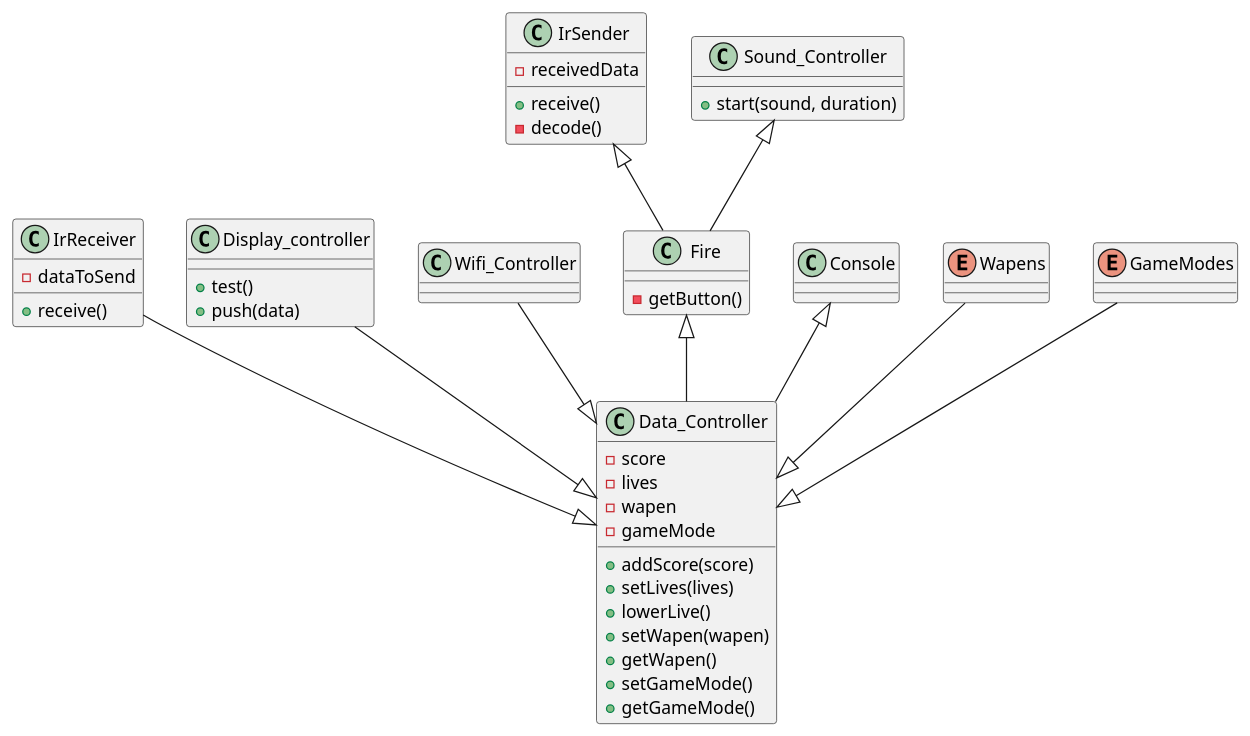
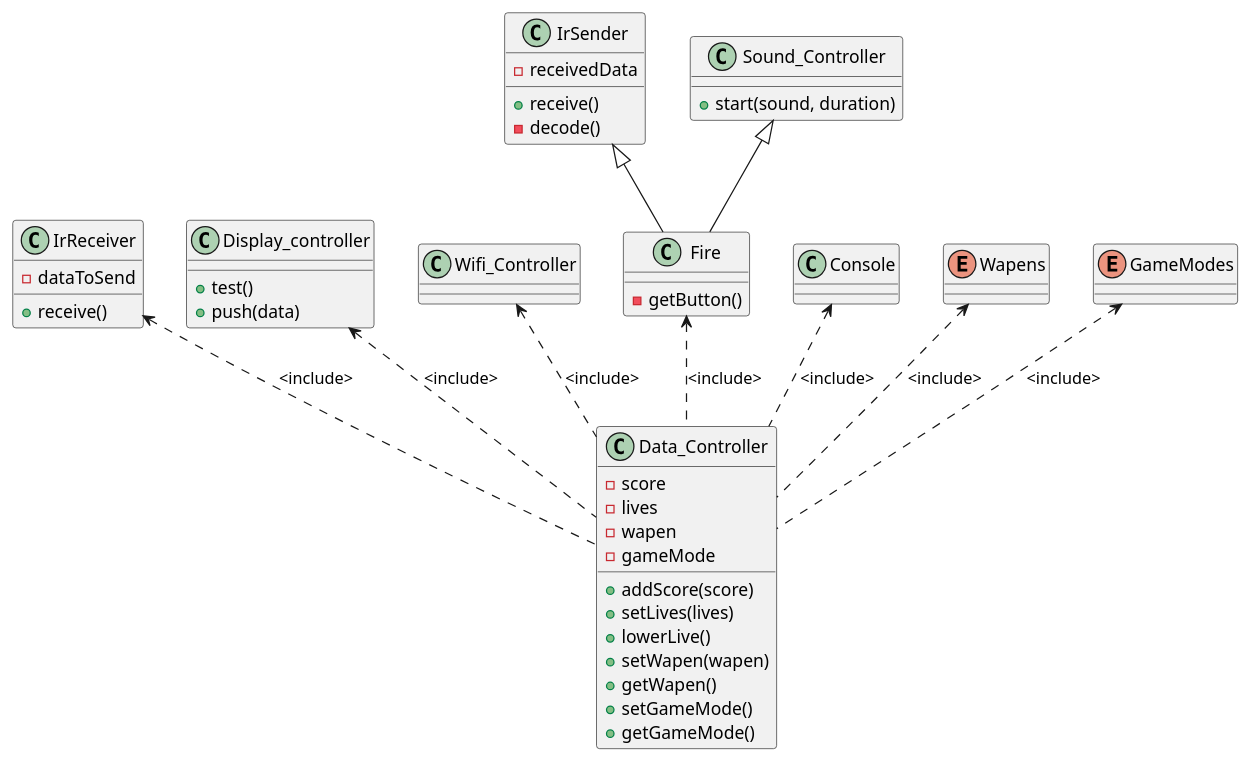
The diagram in Docs/class.puml (DavidDriessen/Skilled-Eagle_Lazer-Game), drawn with PlantUML before and after one commit. The commit also changed 2 other files, not shown here.

Commit message:
ClassDiagram Readme

```diff
--- a/Docs/class.puml
+++ b/Docs/class.puml
@@ -1,60 +1,55 @@
 @startuml
 
 class IrReceiver{
 -dataToSend
 +receive()
 }
 class IrSender{
 -receivedData
 +receive()
 -decode()
 }
 class Display_controller {
 +test()
 +push(data)
 }
 class Sound_Controller{
 +start(sound, duration)
 }
 class Wifi_Controller{
 
 }
 class Fire{
 -getButton()
 }
 class Console{
 }
 class Data_Controller{
 -score
 -lives
 -wapen
 -gameMode
 +addScore(score)
 +setLives(lives)
 +lowerLive()
 +setWapen(wapen)
 +getWapen()
 +setGameMode()
 +getGameMode()
 }
 
 enum Wapens
 enum GameModes
 
 
-Console <|-- Data_Controller
-Wifi_Controller --|> Data_Controller
-Display_controller --|> Data_Controller
-IrReceiver --|> Data_Controller
+Console <.. Data_Controller: <include>
+Wifi_Controller <.. Data_Controller: <include>
+Display_controller <.. Data_Controller: <include>
+IrReceiver <.. Data_Controller: <include>
+Fire <.. Data_Controller: <include>
+Wapens <.. Data_Controller: <include>
+GameModes <.. Data_Controller: <include>
+Sound_Controller <|-- Fire
 IrSender <|-- Fire
-Fire <|-- Data_Controller
-Wapens --|> Data_Controller
-GameModes --|> Data_Controller
-Sound_Controller <|-- Fire
-
-'class ArrayList {
-'Object[] elementData
-'size()
-'}
 
 @enduml
```
